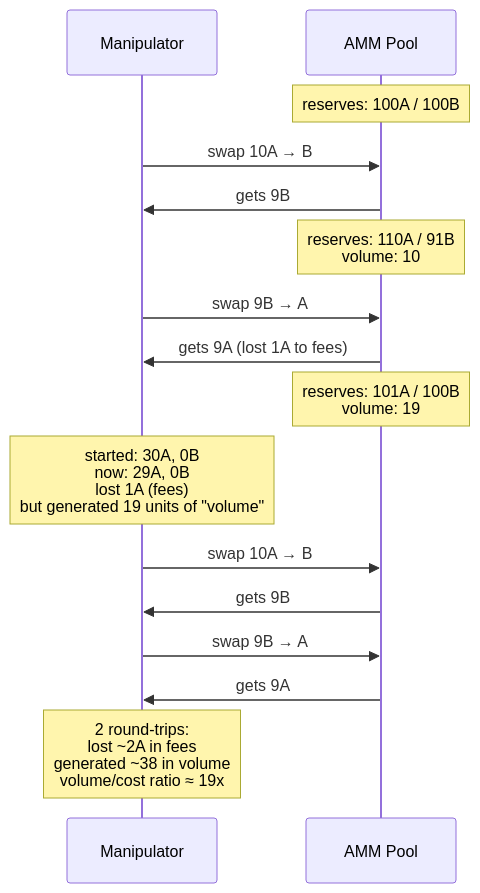
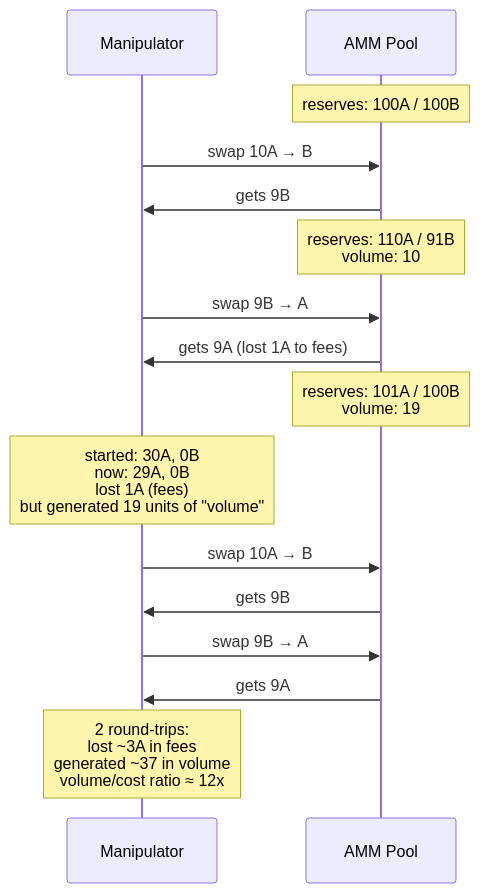
One commit to oxarbitrage/formal-market-mechanisms changed the ninth of 13 diagrams in README.md. Above: the diagram before and after it, drawn with Mermaid. The commit also changed other lines of this file, not shown here.

````diff
--- a/README.md
+++ b/README.md
@@ -367,24 +377,24 @@
 ```mermaid
 sequenceDiagram
     participant M as Manipulator
     participant P as AMM Pool
 
     Note over P: reserves: 100A / 100B
 
     M->>P: swap 10A → B
     P->>M: gets 9B
     Note over P: reserves: 110A / 91B<br/>volume: 10
 
     M->>P: swap 9B → A
     P->>M: gets 9A (lost 1A to fees)
     Note over P: reserves: 101A / 100B<br/>volume: 19
 
     Note over M: started: 30A, 0B<br/>now: 29A, 0B<br/>lost 1A (fees)<br/>but generated 19 units of "volume"
 
     M->>P: swap 10A → B
     P->>M: gets 9B
     M->>P: swap 9B → A
     P->>M: gets 9A
 
-    Note over M: 2 round-trips:<br/>lost ~2A in fees<br/>generated ~38 in volume<br/>volume/cost ratio ≈ 19x
+    Note over M: 2 round-trips:<br/>lost ~3A in fees<br/>generated ~37 in volume<br/>volume/cost ratio ≈ 12x
 ```
````
